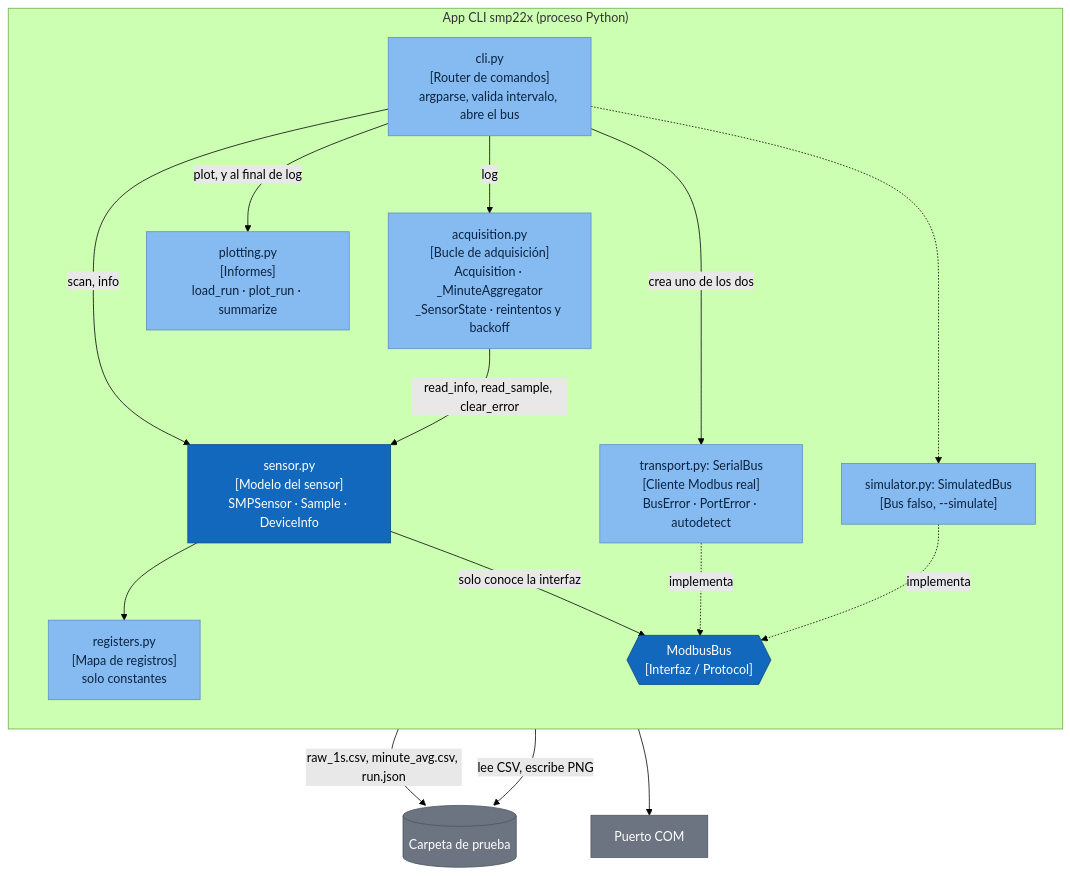
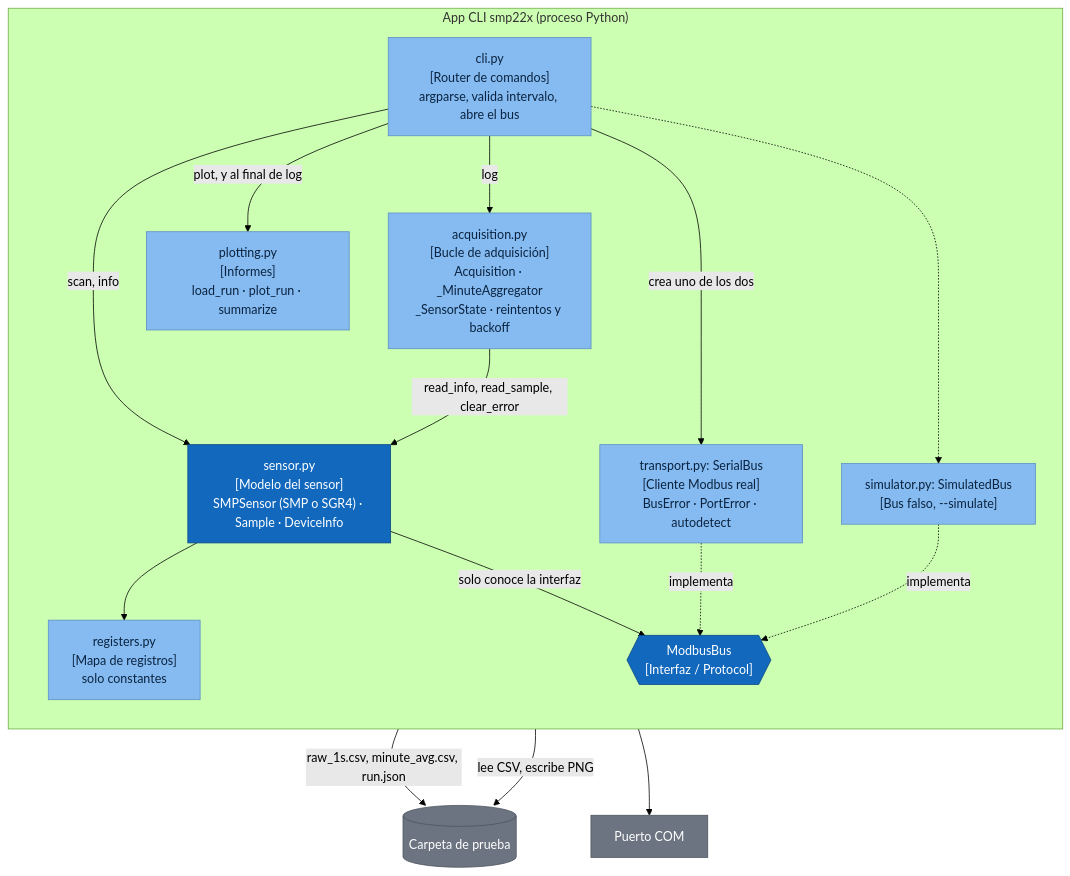
Before and after one commit to RodrigoAlexander7/solys2-automatization: the third of 4 diagrams in docs/arquitectura-c4.md, drawn with Mermaid (forest theme). The commit also changed other lines of this file and 11 other files, not shown here.

````diff
--- a/docs/arquitectura-c4.md
+++ b/docs/arquitectura-c4.md
@@ -114,37 +117,37 @@
 ```mermaid
 flowchart TB
   subgraph app["App CLI smp22x (proceso Python)"]
     direction TB
     cli["cli.py<br/>[Router de comandos]<br/>argparse, valida intervalo, abre el bus"]
     acq["acquisition.py<br/>[Bucle de adquisición]<br/>Acquisition · _MinuteAggregator<br/>_SensorState · reintentos y backoff"]
     plot["plotting.py<br/>[Informes]<br/>load_run · plot_run · summarize"]
-    sensor["sensor.py<br/>[Modelo del sensor]<br/>SMPSensor · Sample · DeviceInfo"]
+    sensor["sensor.py<br/>[Modelo del sensor]<br/>SMPSensor (SMP o SGR4) · Sample · DeviceInfo"]
     regs["registers.py<br/>[Mapa de registros]<br/>solo constantes"]
     iface{{"ModbusBus<br/>[Interfaz / Protocol]"}}
     serial["transport.py: SerialBus<br/>[Cliente Modbus real]<br/>BusError · PortError · autodetect"]
     sim["simulator.py: SimulatedBus<br/>[Bus falso, --simulate]"]
   end
   com["Puerto COM"]
   files[("Carpeta de prueba")]
 
   cli -->|"log"| acq
   cli -->|"scan, info"| sensor
   cli -->|"plot, y al final de log"| plot
   cli -->|"crea uno de los dos"| serial
   cli -.-> sim
   acq -->|"read_info, read_sample, clear_error"| sensor
   acq -->|"raw_1s.csv, minute_avg.csv, run.json"| files
   plot -->|"lee CSV, escribe PNG"| files
   sensor --> regs
   sensor -->|"solo conoce la interfaz"| iface
   serial -.->|"implementa"| iface
   sim -.->|"implementa"| iface
   serial --> com
 
   classDef comp fill:#85bbf0,stroke:#5d8fc4,color:#0b2340
   classDef core fill:#1168bd,stroke:#0b4884,color:#ffffff
   classDef ext fill:#6b7480,stroke:#4d545d,color:#ffffff
   class cli,acq,plot,regs,serial,sim comp
   class sensor,iface core
   class com,files ext
 ```
````
